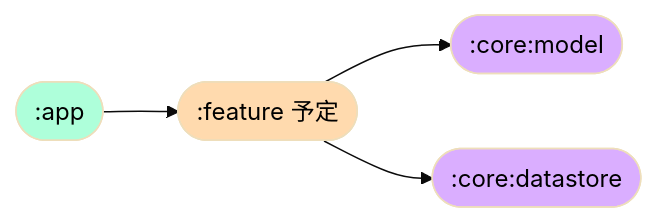
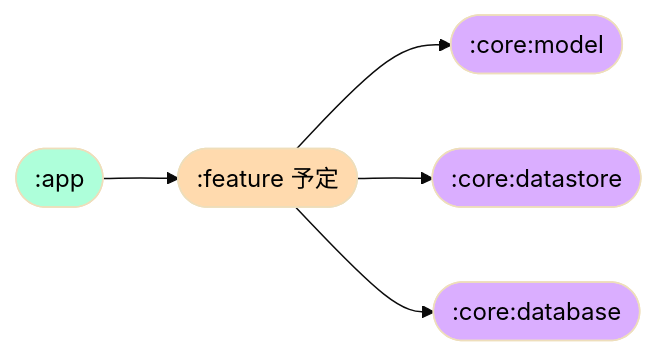
Before and after one commit to kosenda/MultiColorPicker: the diagram in README.md, drawn with Mermaid (base theme).

Commit message:
docs: add :core:datastore
[ci skip]

````diff
--- a/README.md
+++ b/README.md
@@ -49,10 +49,11 @@
 ```mermaid
 flowchart LR
   classDef appModule fill:#AEFFDA,color:#000
   classDef featureModule fill:#FFDAAE,color:#000
   classDef coreModule fill:#DAAEFF,color:#000
   
   A1([:app]):::appModule --> B1([:feature 予定]):::featureModule
   B1 --> C1([:core:model]):::coreModule 
   B1 --> C2([:core:datastore]):::coreModule
+  B1 --> C3([:core:database]):::coreModule
 ```
````
